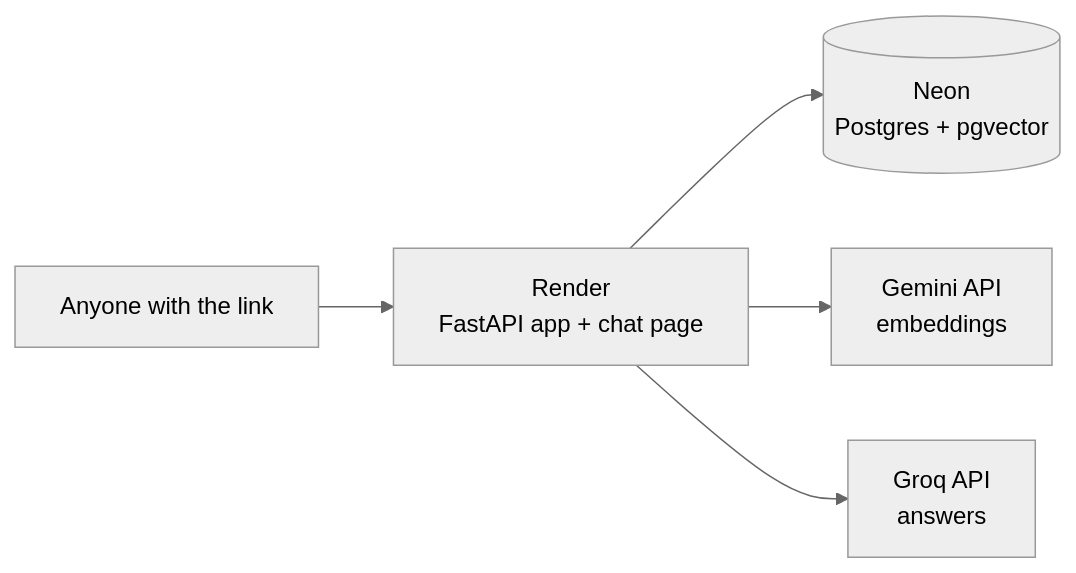
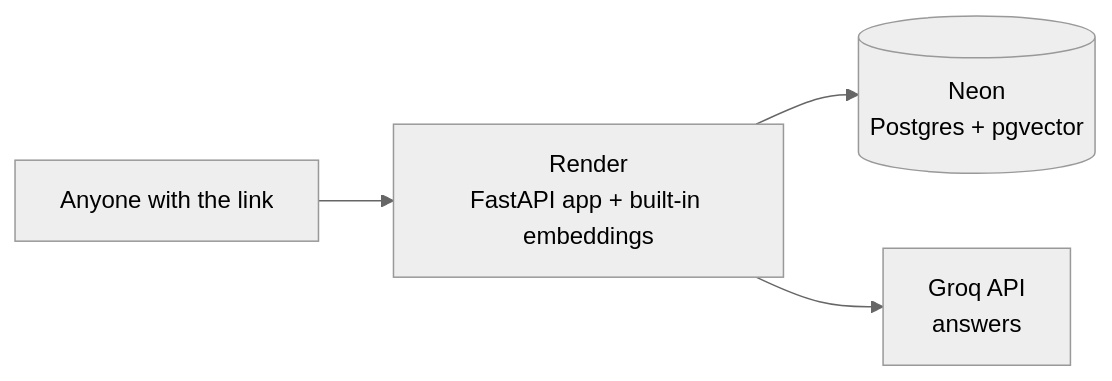
Before and after one commit to j4rv1ss/tender-rag-mcp: the diagram in DEPLOY.md, drawn with Mermaid (neutral theme). The commit also changed other lines of this file and 8 other files, not shown here.

````diff
--- a/DEPLOY.md
+++ b/DEPLOY.md
@@ -21,7 +20,6 @@
 ```mermaid
 flowchart LR
-  U[Anyone with the link] --> R[Render<br/>FastAPI app + chat page]
+  U[Anyone with the link] --> R[Render<br/>FastAPI app + built-in embeddings]
   R --> N[(Neon<br/>Postgres + pgvector)]
-  R --> G[Gemini API<br/>embeddings]
   R --> Q[Groq API<br/>answers]
 ```
````
